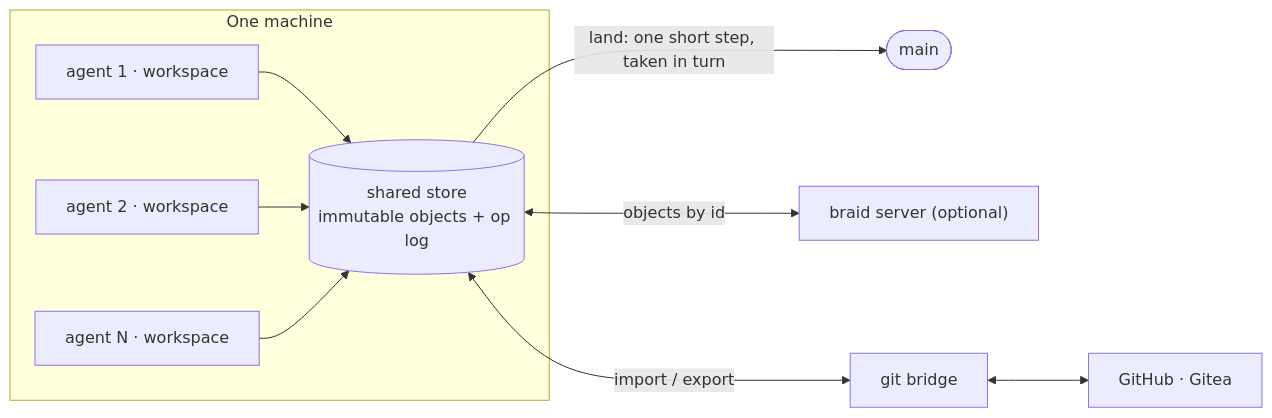
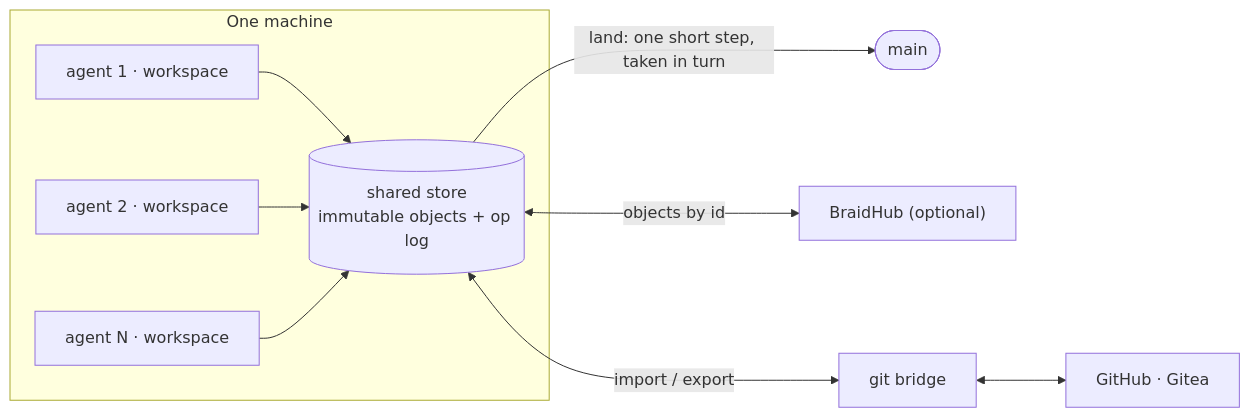
The diagram in README.md (KikoCis/elffuss-braid), drawn with Mermaid before and after one commit. The commit also changed other lines of this file and 78 other files, not shown here.

First line of the commit message:
Version 0.1.0: the BraidHub client and protocol

````diff
--- a/README.md
+++ b/README.md
@@ -75,13 +76,13 @@
 ```mermaid
 flowchart LR
     subgraph machine["One machine"]
         A1["agent 1 · workspace"] --> ST
         A2["agent 2 · workspace"] --> ST
         A3["agent N · workspace"] --> ST
         ST[("shared store<br/>immutable objects + op log")]
     end
     ST -- "land: one short step, taken in turn" --> MAIN(["main"])
-    ST <-- "objects by id" --> SRV["braid server (optional)"]
+    ST <-- "objects by id" --> SRV["BraidHub (optional)"]
     ST <-- "import / export" --> GIT["git bridge"]
     GIT <--> GH["GitHub · Gitea"]
 ```
````
